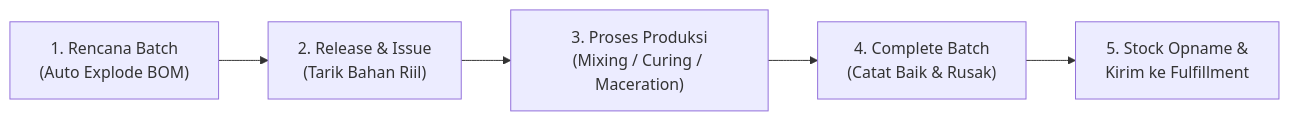
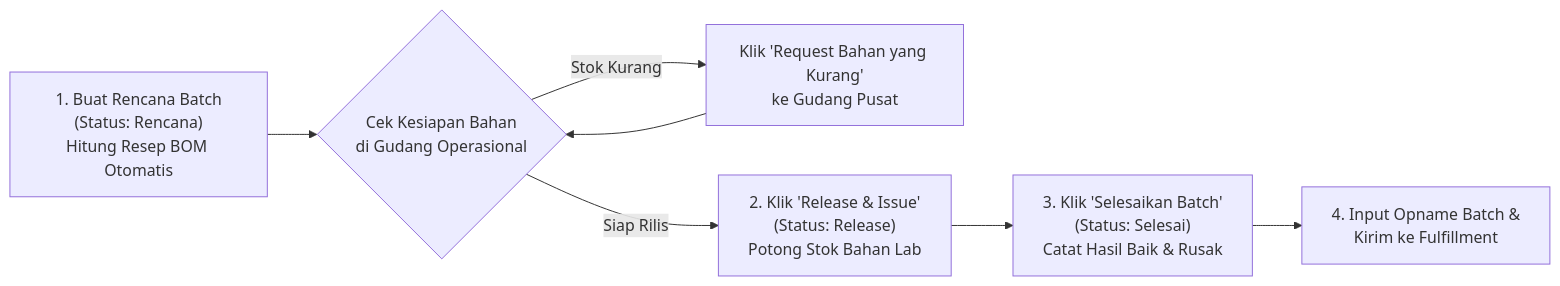
One commit to itdevelopmenths/production-lab-online-hs changed the fifth of 5 diagrams in DOKUMENTASI_FLOW_BISNIS.md. Above: the diagram before and after it, drawn with Mermaid. The commit also changed other lines of this file and 5 other files, not shown here.

Commit message:
docs: update system flow business documentation, non-technical user guide, and pdf exports

````diff
--- a/DOKUMENTASI_FLOW_BISNIS.md
+++ b/DOKUMENTASI_FLOW_BISNIS.md
@@ -233,7 +300,9 @@
 ```mermaid
 flowchart LR
-    A["1. Rencana Batch\n(Auto Explode BOM)"] --> B["2. Release & Issue\n(Tarik Bahan Riil)"]
-    B --> C["3. Proses Produksi\n(Mixing / Curing / Maceration)"]
-    C --> D["4. Complete Batch\n(Catat Baik & Rusak)"]
-    D --> E["5. Stock Opname &\nKirim ke Fulfillment"]
+    B1["1. Buat Rencana Batch\n(Status: Rencana)\nHitung Resep BOM Otomatis"] --> B2{"Cek Kesiapan Bahan\ndi Gudang Operasional"}
+    B2 -- "Stok Kurang" --> B3["Klik 'Request Bahan yang Kurang'\nke Gudang Pusat"]
+    B3 --> B2
+    B2 -- "Siap Rilis" --> B4["2. Klik 'Release & Issue'\n(Status: Release)\nPotong Stok Bahan Lab"]
+    B4 --> B5["3. Klik 'Selesaikan Batch'\n(Status: Selesai)\nCatat Hasil Baik & Rusak"]
+    B5 --> B6["4. Input Opname Batch &\nKirim ke Fulfillment"]
 ```
````
